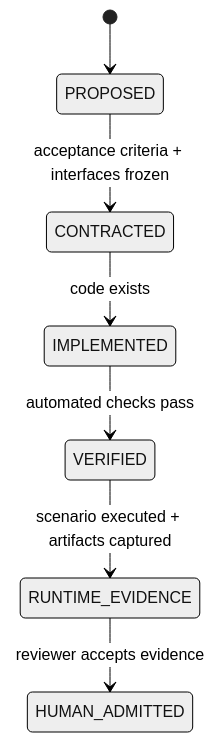
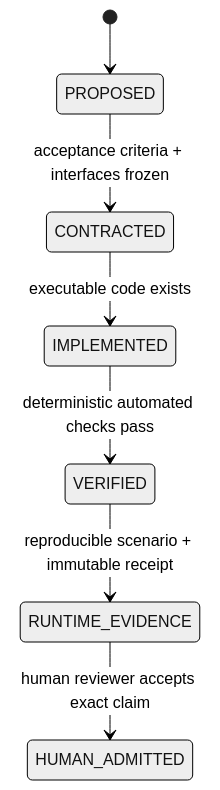
The first of 3 diagrams in README.md (ed3c/Full-Stack-Notes), drawn with Mermaid (neutral theme) before and after one commit. The commit also changed other lines of this file, not shown here.

Commit message:
docs: canonicalize integrated main architecture and evidence DAG

````diff
--- a/README.md
+++ b/README.md
@@ -41,9 +15,9 @@
 ```mermaid
 stateDiagram-v2
     [*] --> PROPOSED
     PROPOSED --> CONTRACTED: acceptance criteria + interfaces frozen
-    CONTRACTED --> IMPLEMENTED: code exists
-    IMPLEMENTED --> VERIFIED: automated checks pass
-    VERIFIED --> RUNTIME_EVIDENCE: scenario executed + artifacts captured
-    RUNTIME_EVIDENCE --> HUMAN_ADMITTED: reviewer accepts evidence
+    CONTRACTED --> IMPLEMENTED: executable code exists
+    IMPLEMENTED --> VERIFIED: deterministic automated checks pass
+    VERIFIED --> RUNTIME_EVIDENCE: reproducible scenario + immutable receipt
+    RUNTIME_EVIDENCE --> HUMAN_ADMITTED: human reviewer accepts exact claim
 ```
````
